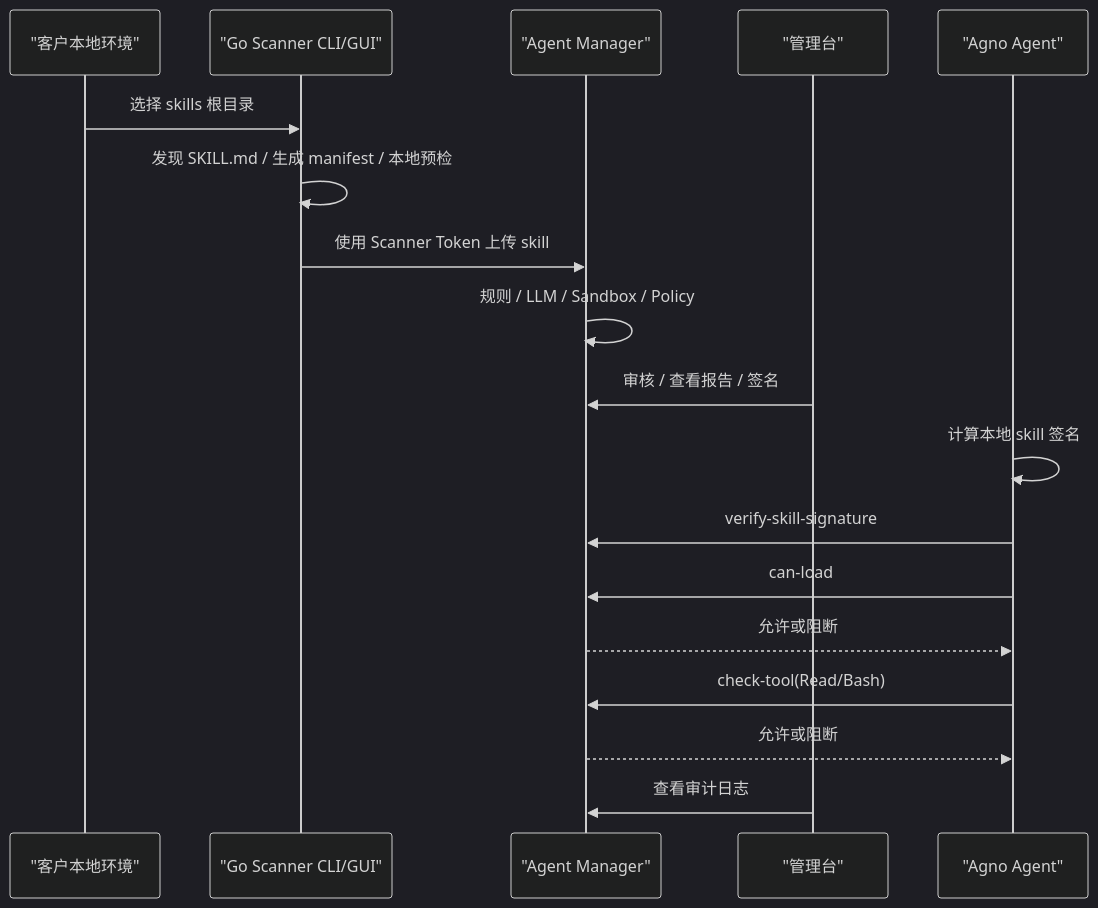
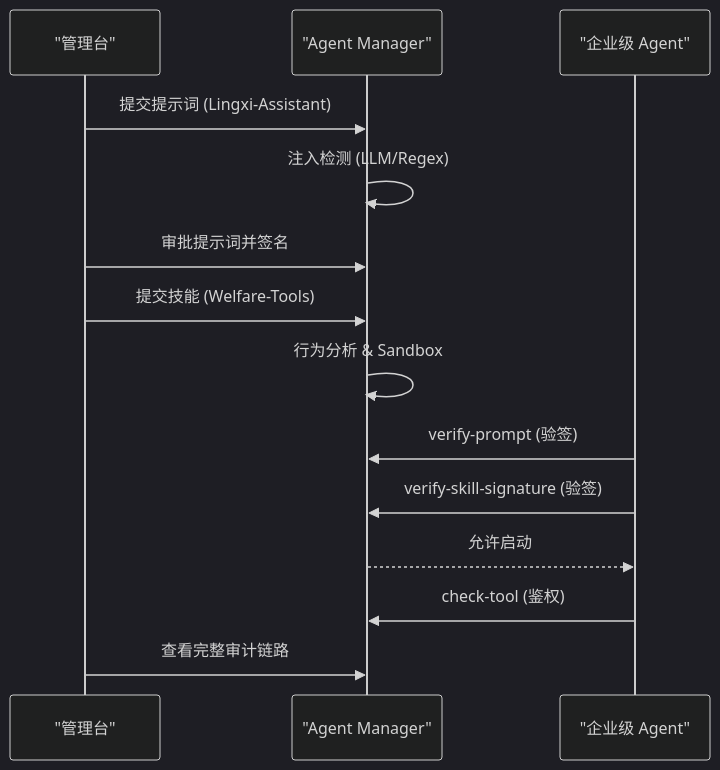
One commit to HuangLuGuang/skill-manager changed the diagram in docs/customer-demo-runbook.md. Above: the diagram before and after it, drawn with Mermaid (dark theme). The commit also changed other lines of this file and 15 other files, not shown here.

````diff
--- a/docs/customer-demo-runbook.md
+++ b/docs/customer-demo-runbook.md
@@ -34,21 +32,17 @@
 ```mermaid
 sequenceDiagram
-    participant Customer as "客户本地环境"
-    participant Scanner as "Go Scanner CLI/GUI"
+    participant UI as "管理台"
     participant SM as "Agent Manager"
-    participant UI as "管理台"
-    participant Agno as "Agno Agent"
+    participant Agno as "企业级 Agent"
 
-    Customer->>Scanner: 选择 skills 根目录
-    Scanner->>Scanner: 发现 SKILL.md / 生成 manifest / 本地预检
-    Scanner->>SM: 使用 Scanner Token 上传 skill
-    SM->>SM: 规则 / LLM / Sandbox / Policy
-    UI->>SM: 审核 / 查看报告 / 签名
-    Agno->>Agno: 计算本地 skill 签名
-    Agno->>SM: verify-skill-signature
-    Agno->>SM: can-load
-    SM-->>Agno: 允许或阻断
-    Agno->>SM: check-tool(Read/Bash)
-    SM-->>Agno: 允许或阻断
-    UI->>SM: 查看审计日志
+    UI->>SM: 提交提示词 (Lingxi-Assistant)
+    SM->>SM: 注入检测 (LLM/Regex)
+    UI->>SM: 审批提示词并签名
+    UI->>SM: 提交技能 (Welfare-Tools)
+    SM->>SM: 行为分析 & Sandbox
+    Agno->>SM: verify-prompt (验签)
+    Agno->>SM: verify-skill-signature (验签)
+    SM-->>Agno: 允许启动
+    Agno->>SM: check-tool (鉴权)
+    UI->>SM: 查看完整审计链路
 ```
````
